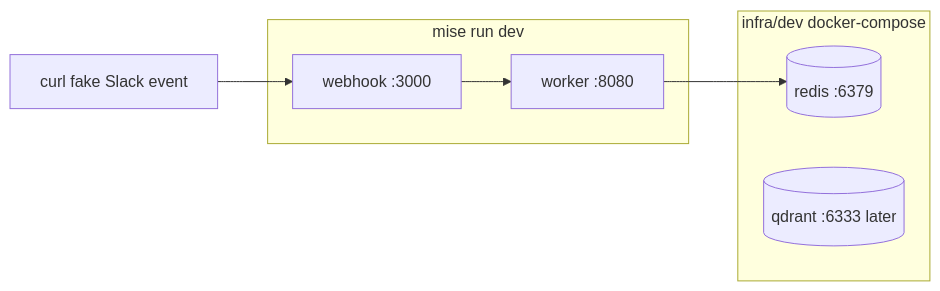
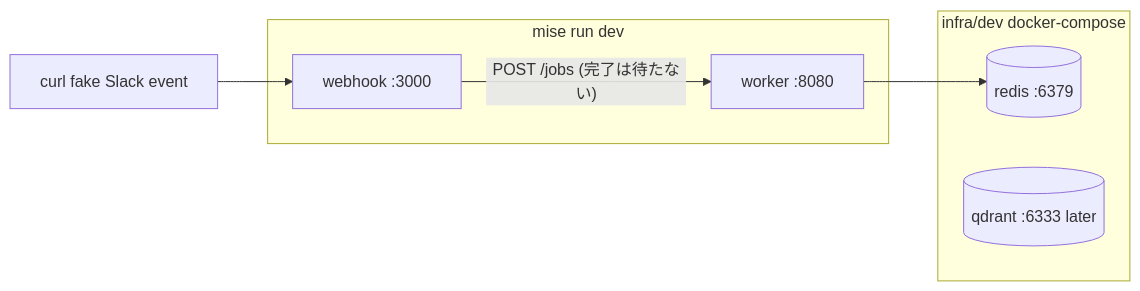
Before and after one commit to tentaShiratori/slack-ai-agent: the first of 5 diagrams in docs/architecture.md, drawn with Mermaid. The commit also changed other lines of this file and 23 other files, not shown here.

````diff
--- a/docs/architecture.md
+++ b/docs/architecture.md
@@ -34,16 +43,16 @@
 ```mermaid
 flowchart LR
   subgraph host [mise run dev]
     Webhook[webhook :3000]
     Worker[worker :8080]
   end
 
   subgraph dockerCompose [infra/dev docker-compose]
     Redis[(redis :6379)]
     Qdrant[(qdrant :6333 later)]
   end
 
   Curl[curl fake Slack event] --> Webhook
-  Webhook --> Worker
+  Webhook -->|"POST /jobs (完了は待たない)"| Worker
   Worker --> Redis
 ```
````
